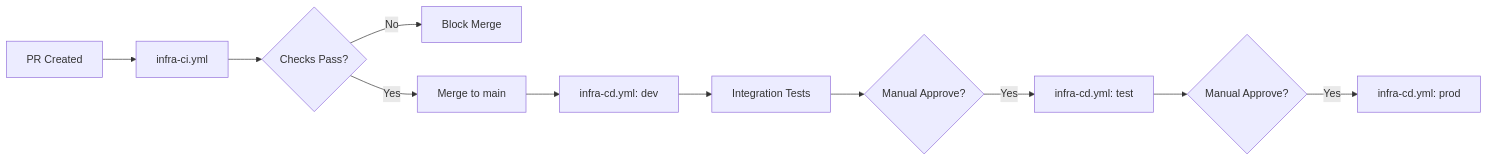
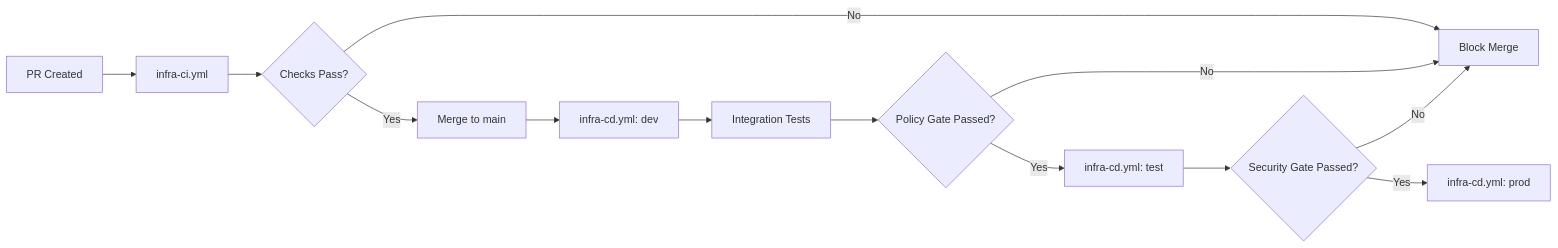
One commit to PointCHealth/ai-adf-edi-spec changed the diagram in docs/04-iac-strategy-spec.md. Above: the diagram before and after it, drawn with Mermaid. The commit also changed other lines of this file and 45 other files, not shown here.

````diff
--- a/docs/04-iac-strategy-spec.md
+++ b/docs/04-iac-strategy-spec.md
@@ -149,13 +150,15 @@
 ```mermaid
 graph LR
     A[PR Created] --> B[infra-ci.yml]
     B --> C{Checks Pass?}
     C -->|No| D[Block Merge]
     C -->|Yes| E[Merge to main]
     E --> F[infra-cd.yml: dev]
-    F --> G[Integration Tests]
-    G --> H{Manual Approve?}
-    H -->|Yes| I[infra-cd.yml: test]
-    I --> J{Manual Approve?}
-    J -->|Yes| K[infra-cd.yml: prod]
+  F --> G[Integration Tests]
+  G --> H{Policy Gate Passed?}
+  H -->|No| D[Block Merge]
+  H -->|Yes| I[infra-cd.yml: test]
+  I --> J{Security Gate Passed?}
+  J -->|No| D
+  J -->|Yes| K[infra-cd.yml: prod]
 ```
````
